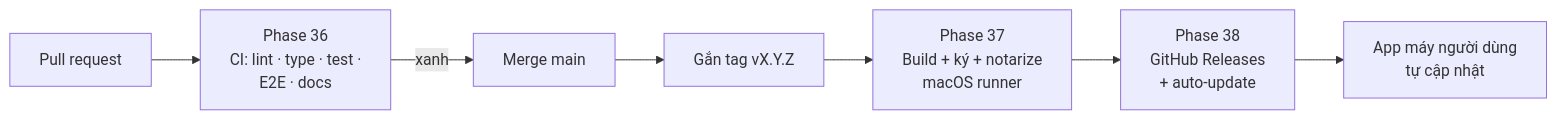
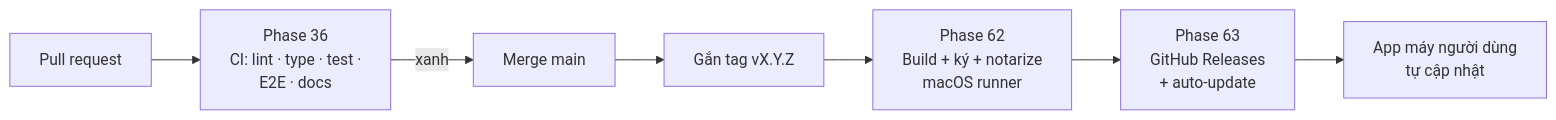
Before and after one commit to nvminhtu/niche-radar-docs: the diagram in docs/web/version-7.md, drawn with Mermaid. The commit also changed other lines of this file and 33 other files, not shown here.

Commit message:
docs: sync Phase 9 làm dở + Phase 8 Project data, app Mac đánh số lại 56–63

````diff
--- a/docs/web/version-7.md
+++ b/docs/web/version-7.md
@@ -19,9 +19,9 @@
 ```mermaid
 flowchart LR
   PR[Pull request] --> CI[Phase 36<br/>CI: lint · type · test ·<br/>E2E · docs]
   CI -->|xanh| M[Merge main]
   M --> T[Gắn tag vX.Y.Z]
-  T --> B[Phase 37<br/>Build + ký + notarize<br/>macOS runner]
-  B --> R[Phase 38<br/>GitHub Releases<br/>+ auto-update]
+  T --> B[Phase 62<br/>Build + ký + notarize<br/>macOS runner]
+  B --> R[Phase 63<br/>GitHub Releases<br/>+ auto-update]
   R --> U[App máy người dùng<br/>tự cập nhật]
 ```
````
